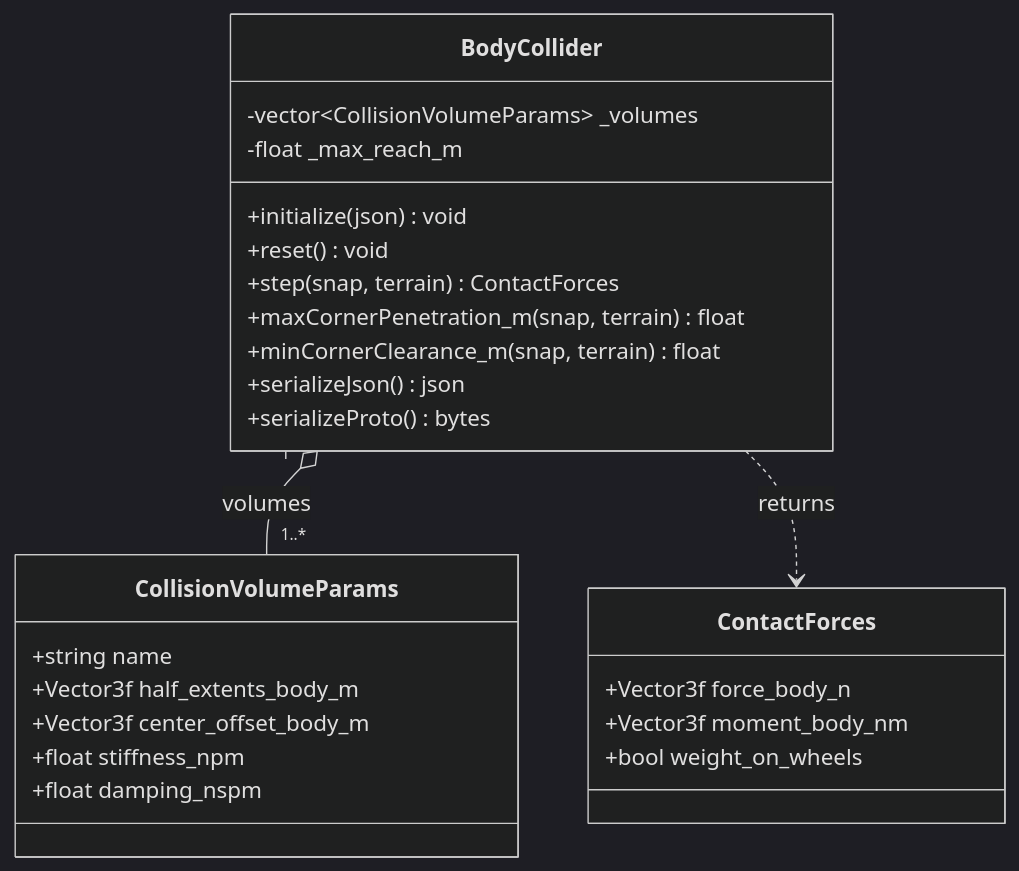
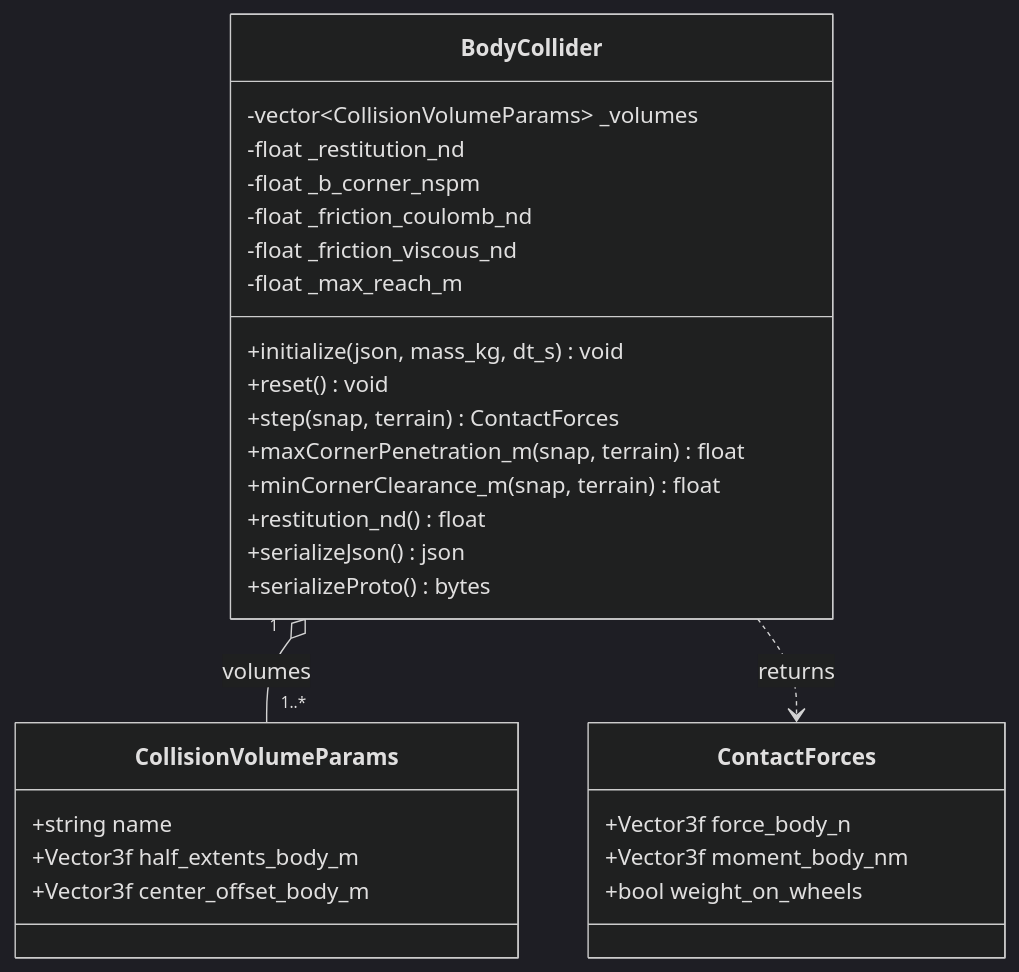
One commit to yJjDoAZuae/liteaero-sim changed the second of 3 diagrams in docs/design/body_collider.md. Above: the diagram before and after it, drawn with Mermaid (dark theme). The commit also changed other lines of this file and 1 other file, not shown here.

````diff
--- a/docs/design/body_collider.md
+++ b/docs/design/body_collider.md
@@ -41,28 +41,31 @@
 ```mermaid
 classDiagram
     class BodyCollider {
         -vector~CollisionVolumeParams~ _volumes
+        -float _restitution_nd
+        -float _b_corner_nspm
+        -float _friction_coulomb_nd
+        -float _friction_viscous_nd
         -float _max_reach_m
-        +initialize(json) void
+        +initialize(json, mass_kg, dt_s) void
         +reset() void
         +step(snap, terrain) ContactForces
         +maxCornerPenetration_m(snap, terrain) float
         +minCornerClearance_m(snap, terrain) float
+        +restitution_nd() float
         +serializeJson() json
         +serializeProto() bytes
     }
     class CollisionVolumeParams {
         +string name
         +Vector3f half_extents_body_m
         +Vector3f center_offset_body_m
-        +float stiffness_npm
-        +float damping_nspm
     }
     class ContactForces {
         +Vector3f force_body_n
         +Vector3f moment_body_nm
         +bool weight_on_wheels
     }
     BodyCollider "1" o-- "1..*" CollisionVolumeParams : volumes
     BodyCollider ..> ContactForces : returns
 ```
````
